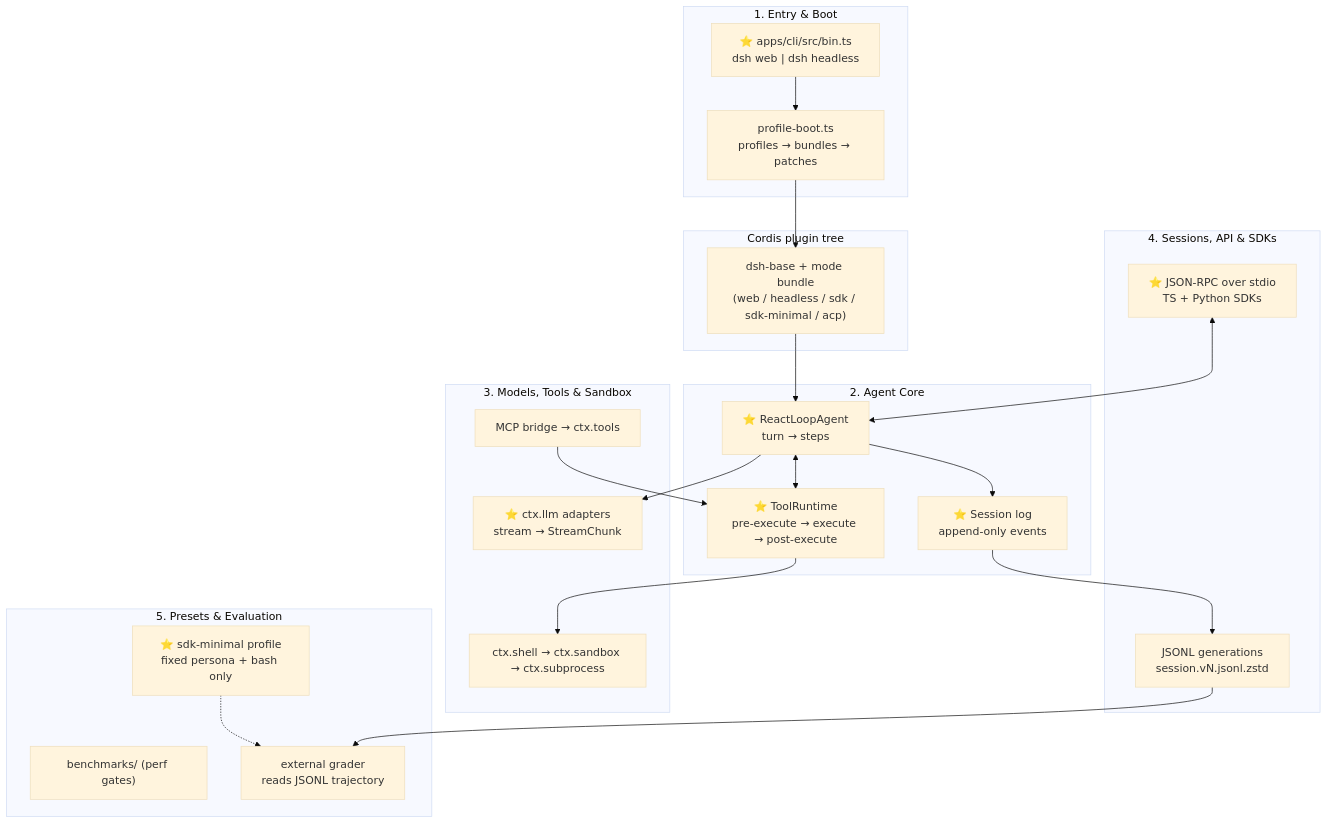
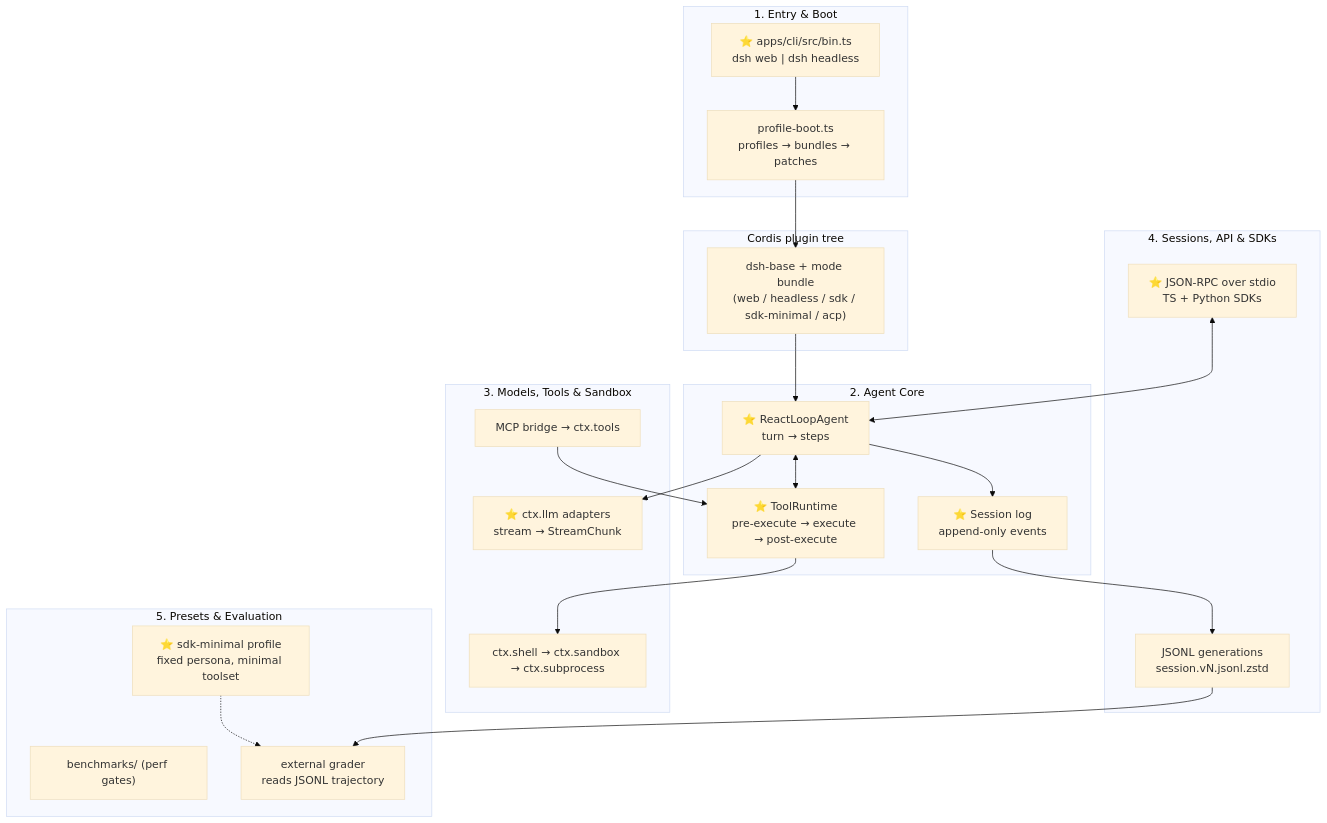
The first of 11 diagrams in study.md (objectMaker/deepseek-harness), drawn with Mermaid (base theme) before and after one commit. The commit also changed other lines of this file, not shown here.

First line of the commit message:
Revise study.md: fix accuracy issues, add line anchors, local-only references

````diff
--- a/study.md
+++ b/study.md
@@ -21,41 +21,41 @@
 ```mermaid
 flowchart TB
     subgraph CLI["1. Entry & Boot"]
         BIN["⭐ apps/cli/src/bin.ts<br/>dsh web | dsh headless"]
         PROF["profile-boot.ts<br/>profiles → bundles → patches"]
         BIN --> PROF
     end
     subgraph CORDIS["Cordis plugin tree"]
         BUNDLES["dsh-base + mode bundle<br/>(web / headless / sdk / sdk-minimal / acp)"]
         PROF --> BUNDLES
     end
     subgraph LOOP["2. Agent Core"]
         AGENT["⭐ ReactLoopAgent<br/>turn → steps"]
         TOOLS["⭐ ToolRuntime<br/>pre-execute → execute → post-execute"]
         SESS["⭐ Session log<br/>append-only events"]
         BUNDLES --> AGENT
         AGENT <--> TOOLS
         AGENT --> SESS
     end
     subgraph EXEC["3. Models, Tools & Sandbox"]
         LLM["⭐ ctx.llm adapters<br/>stream → StreamChunk"]
         SHELL["ctx.shell → ctx.sandbox → ctx.subprocess"]
         MCP["MCP bridge → ctx.tools"]
         AGENT --> LLM
         TOOLS --> SHELL
         MCP --> TOOLS
     end
     subgraph PERSIST["4. Sessions, API & SDKs"]
         JSONL["JSONL generations<br/>session.vN.jsonl.zstd"]
         SDK["⭐ JSON-RPC over stdio<br/>TS + Python SDKs"]
         SESS --> JSONL
         SDK <--> AGENT
     end
     subgraph EVAL["5. Presets & Evaluation"]
-        MIN["⭐ sdk-minimal profile<br/>fixed persona + bash only"]
+        MIN["⭐ sdk-minimal profile<br/>fixed persona, minimal toolset"]
         BENCH["benchmarks/ (perf gates)"]
         GRADER["external grader<br/>reads JSONL trajectory"]
         MIN -.-> GRADER
         JSONL --> GRADER
     end
 ```
````
